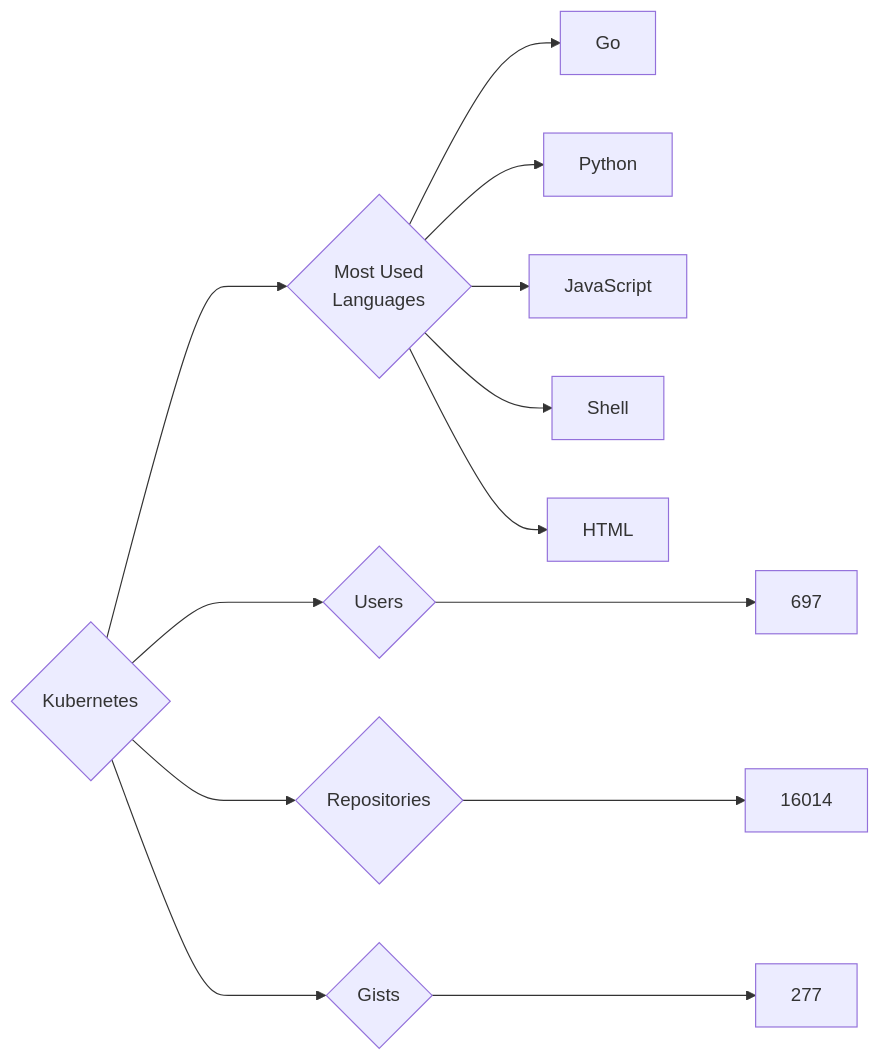
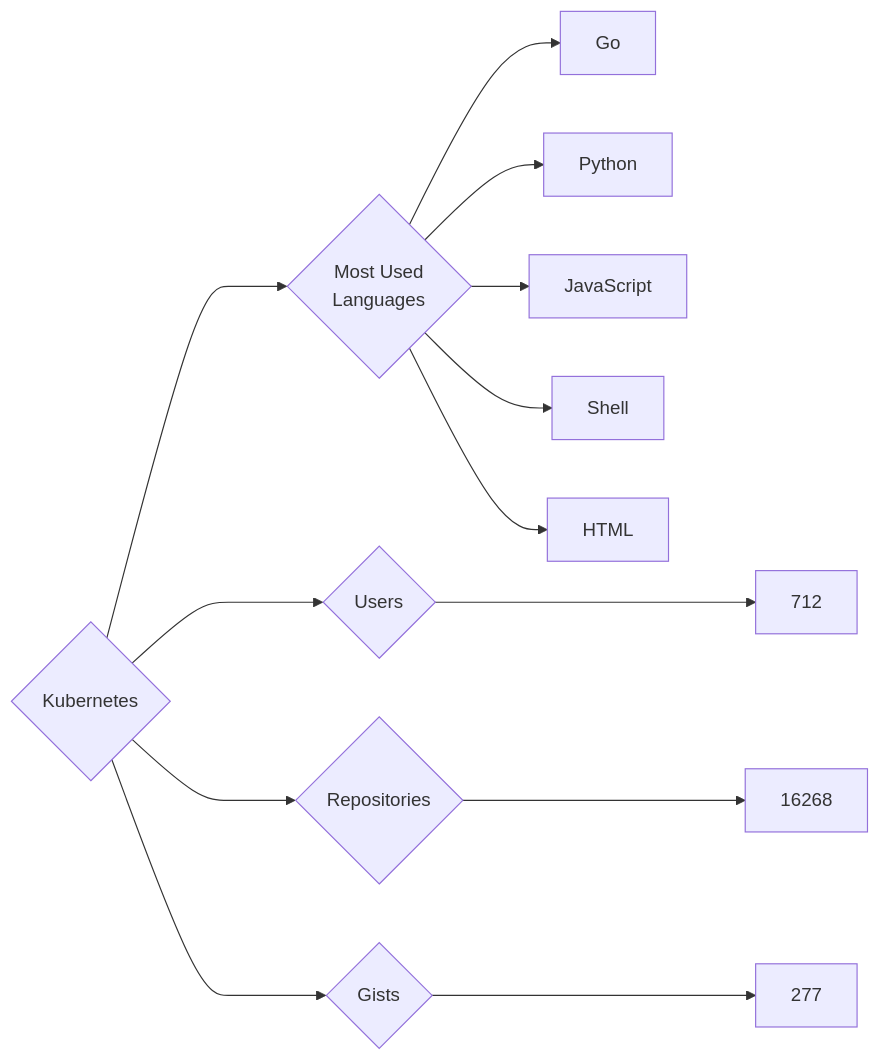
Before and after one commit to trickest/insiders: the diagram in targets/Kubernetes/README.md, drawn with Mermaid. The commit also changed 1314 other files, not shown here.

````diff
--- a/targets/Kubernetes/README.md
+++ b/targets/Kubernetes/README.md
@@ -3,13 +3,13 @@
 ```mermaid
 graph LR
 COMPANY_NAME{Kubernetes}
-COMPANY_NAME ---> U{Users} ---> UN[697]
-COMPANY_NAME ---> R{Repositories} ---> RN[16014]
+COMPANY_NAME ---> U{Users} ---> UN[712]
+COMPANY_NAME ---> R{Repositories} ---> RN[16268]
 COMPANY_NAME ---> G{Gists} ---> GN[277]
 COMPANY_NAME ---> ML{Most Used<br>Languages}
 ML --> Go[Go]
 ML --> Python[Python]
 ML --> JavaScript[JavaScript]
 ML --> Shell[Shell]
 ML --> HTML[HTML]
 ```
````
